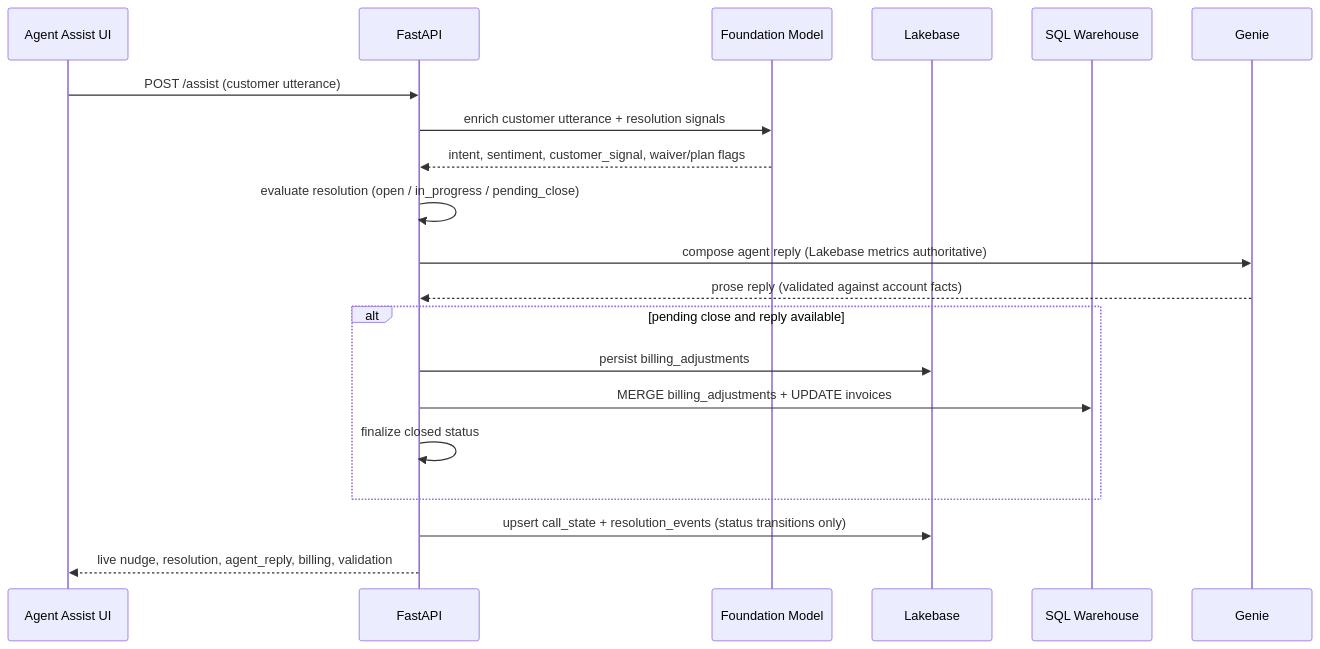
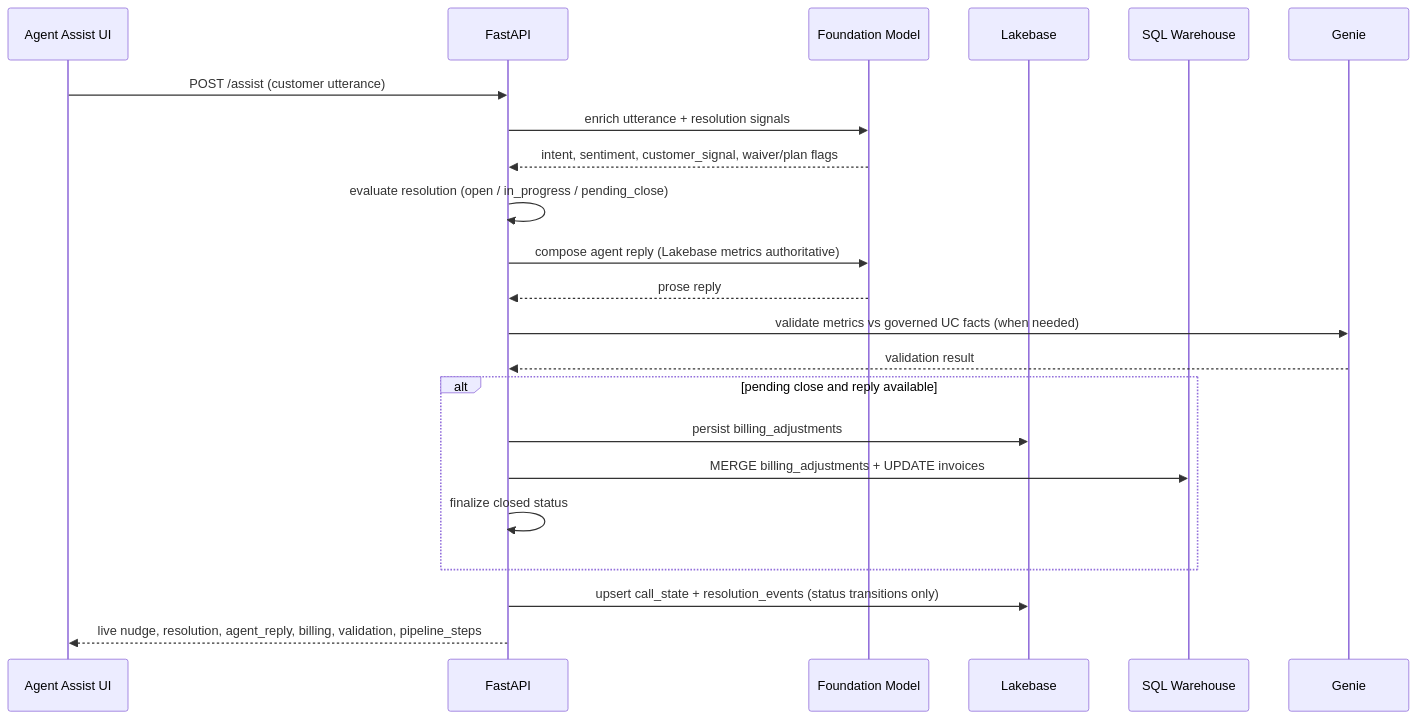
The second of 3 diagrams in docs/ARCHITECTURE.md (suneelsunkara-db/genie-voice-agent), drawn with Mermaid before and after one commit. The commit also changed other lines of this file and 11 other files, not shown here.

First line of the commit message:
Add issues queue, resolution journey UI, and FM-based agent replies.

````diff
--- a/docs/ARCHITECTURE.md
+++ b/docs/ARCHITECTURE.md
@@ -102,23 +150,25 @@
 ```mermaid
 sequenceDiagram
     participant UI as Agent Assist UI
     participant API as FastAPI
     participant FM as Foundation Model
     participant LB as Lakebase
     participant WH as SQL Warehouse
     participant G as Genie
 
     UI->>API: POST /assist (customer utterance)
-    API->>FM: enrich customer utterance + resolution signals
+    API->>FM: enrich utterance + resolution signals
     FM-->>API: intent, sentiment, customer_signal, waiver/plan flags
     API->>API: evaluate resolution (open / in_progress / pending_close)
-    API->>G: compose agent reply (Lakebase metrics authoritative)
-    G-->>API: prose reply (validated against account facts)
+    API->>FM: compose agent reply (Lakebase metrics authoritative)
+    FM-->>API: prose reply
+    API->>G: validate metrics vs governed UC facts (when needed)
+    G-->>API: validation result
     alt pending close and reply available
         API->>LB: persist billing_adjustments
         API->>WH: MERGE billing_adjustments + UPDATE invoices
         API->>API: finalize closed status
     end
     API->>LB: upsert call_state + resolution_events (status transitions only)
-    API-->>UI: live nudge, resolution, agent_reply, billing, validation
+    API-->>UI: live nudge, resolution, agent_reply, billing, validation, pipeline_steps
 ```
````
